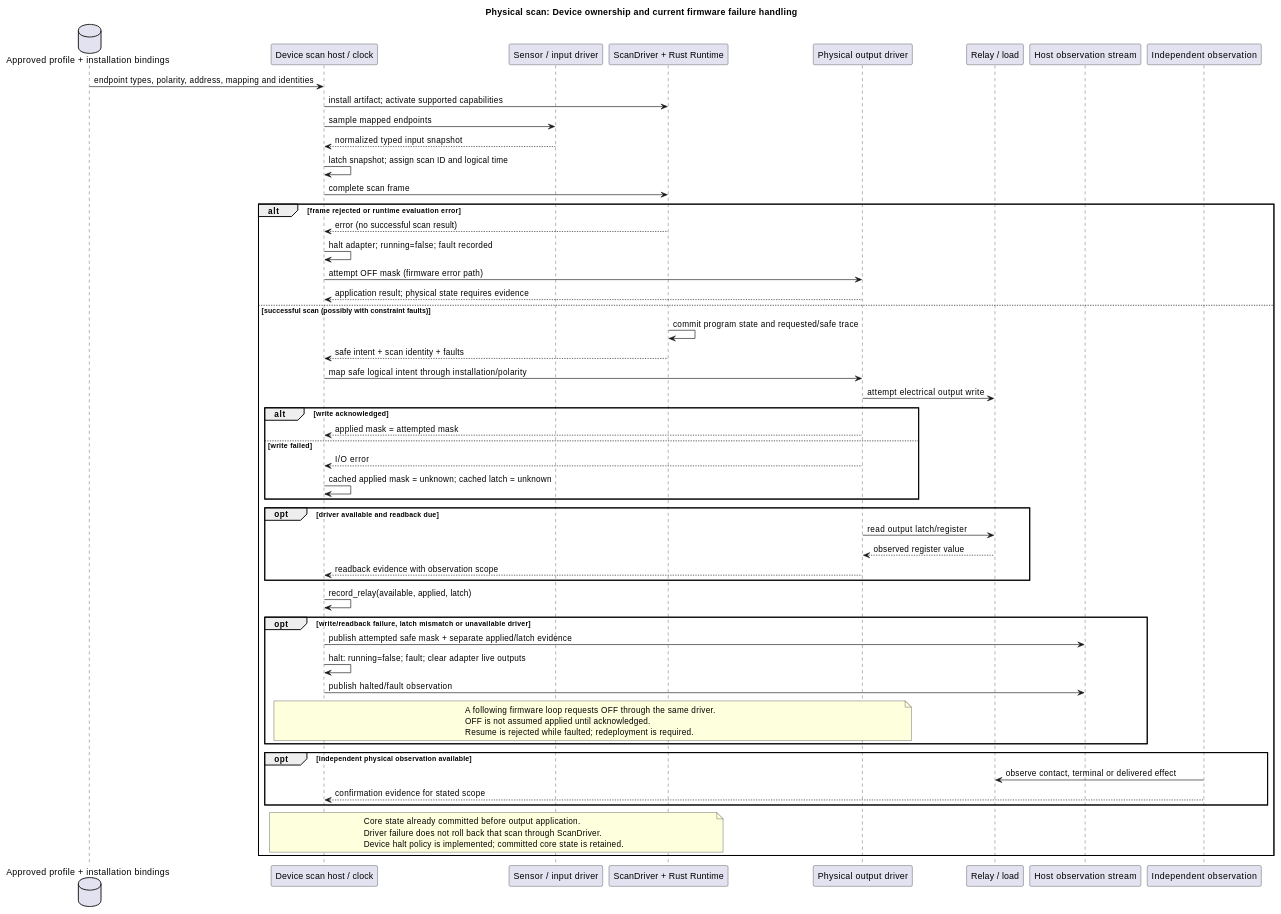
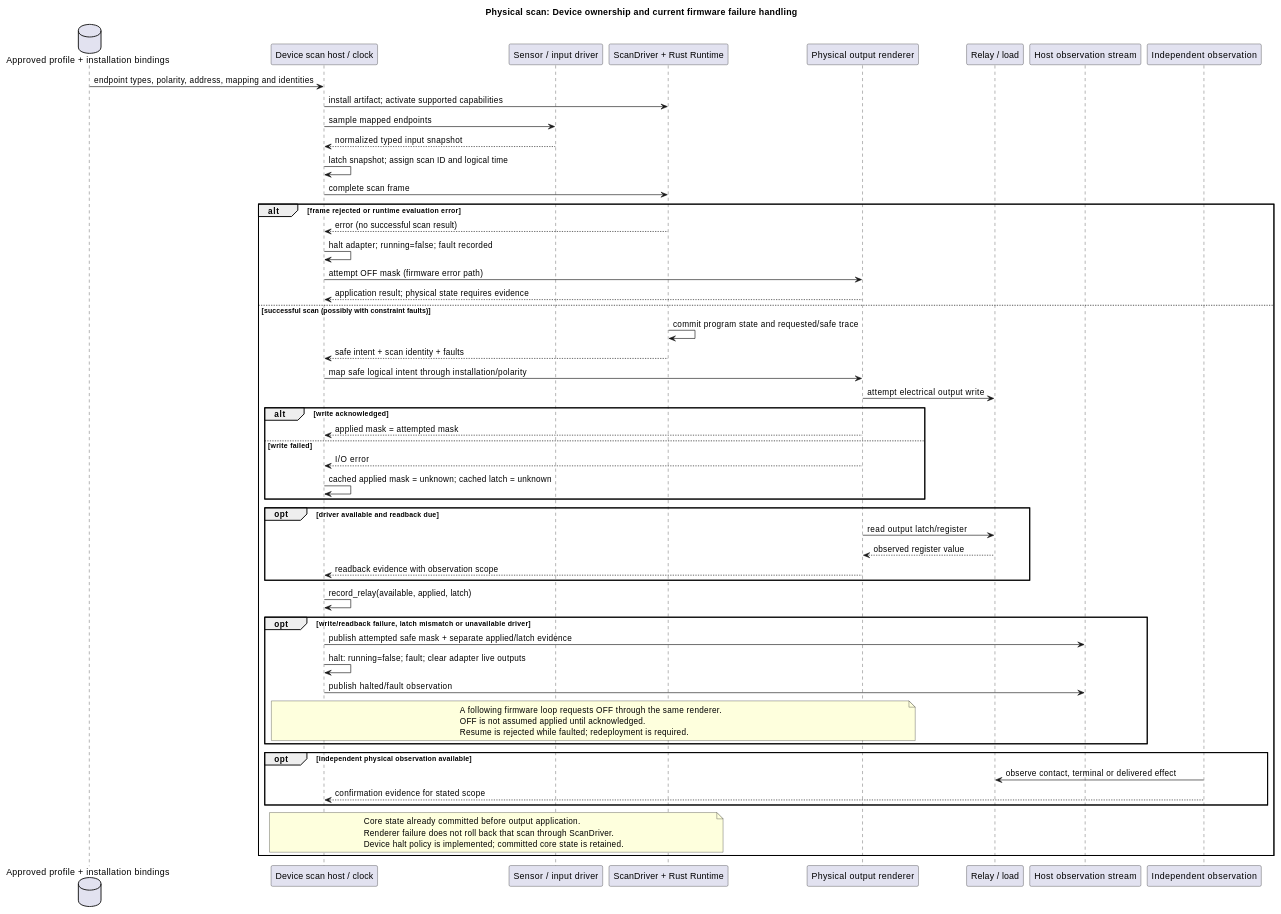
The fourth of 4 diagrams in docs/LLM-TOOLCHAIN-ARCHITECTURE.md (callin2/ghostflow-language), drawn with PlantUML before and after one commit. The commit also changed other lines of this file and 11 other files, not shown here.

````diff
--- a/docs/LLM-TOOLCHAIN-ARCHITECTURE.md
+++ b/docs/LLM-TOOLCHAIN-ARCHITECTURE.md
@@ -278,61 +280,61 @@
 ```plantuml
 @startuml
 title Physical scan: Device ownership and current firmware failure handling
 database "Approved profile + installation bindings" as Profile
 participant "Device scan host / clock" as Host
 participant "Sensor / input driver" as Input
 participant "ScanDriver + Rust Runtime" as Core
-participant "Physical output driver" as Output
+participant "Physical output renderer" as Output
 participant "Relay / load" as Load
 participant "Host observation stream" as Evidence
 participant "Independent observation" as Observer
 Profile -> Host: endpoint types, polarity, address, mapping and identities
 Host -> Core: install artifact; activate supported capabilities
 Host -> Input: sample mapped endpoints
 Input --> Host: normalized typed input snapshot
 Host -> Host: latch snapshot; assign scan ID and logical time
 Host -> Core: complete scan frame
 alt frame rejected or runtime evaluation error
   Core --> Host: error (no successful scan result)
   Host -> Host: halt adapter; running=false; fault recorded
   Host -> Output: attempt OFF mask (firmware error path)
   Output --> Host: application result; physical state requires evidence
 else successful scan (possibly with constraint faults)
   Core -> Core: commit program state and requested/safe trace
   Core --> Host: safe intent + scan identity + faults
   Host -> Output: map safe logical intent through installation/polarity
   Output -> Load: attempt electrical output write
   alt write acknowledged
     Output --> Host: applied mask = attempted mask
   else write failed
     Output --> Host: I/O error
     Host -> Host: cached applied mask = unknown; cached latch = unknown
   end
   opt driver available and readback due
     Output -> Load: read output latch/register
     Load --> Output: observed register value
     Output --> Host: readback evidence with observation scope
   end
   Host -> Host: record_relay(available, applied, latch)
   opt write/readback failure, latch mismatch or unavailable driver
     Host -> Evidence: publish attempted safe mask + separate applied/latch evidence
     Host -> Host: halt: running=false; fault; clear adapter live outputs
     Host -> Evidence: publish halted/fault observation
     note over Host,Output
-      A following firmware loop requests OFF through the same driver.
+      A following firmware loop requests OFF through the same renderer.
       OFF is not assumed applied until acknowledged.
       Resume is rejected while faulted; redeployment is required.
     end note
   end
   opt independent physical observation available
     Observer -> Load: observe contact, terminal or delivered effect
     Observer --> Host: confirmation evidence for stated scope
   end
   note over Host,Core
     Core state already committed before output application.
-    Driver failure does not roll back that scan through ScanDriver.
+    Renderer failure does not roll back that scan through ScanDriver.
     Device halt policy is implemented; committed core state is retained.
   end note
 end
 @enduml
 ```
````
